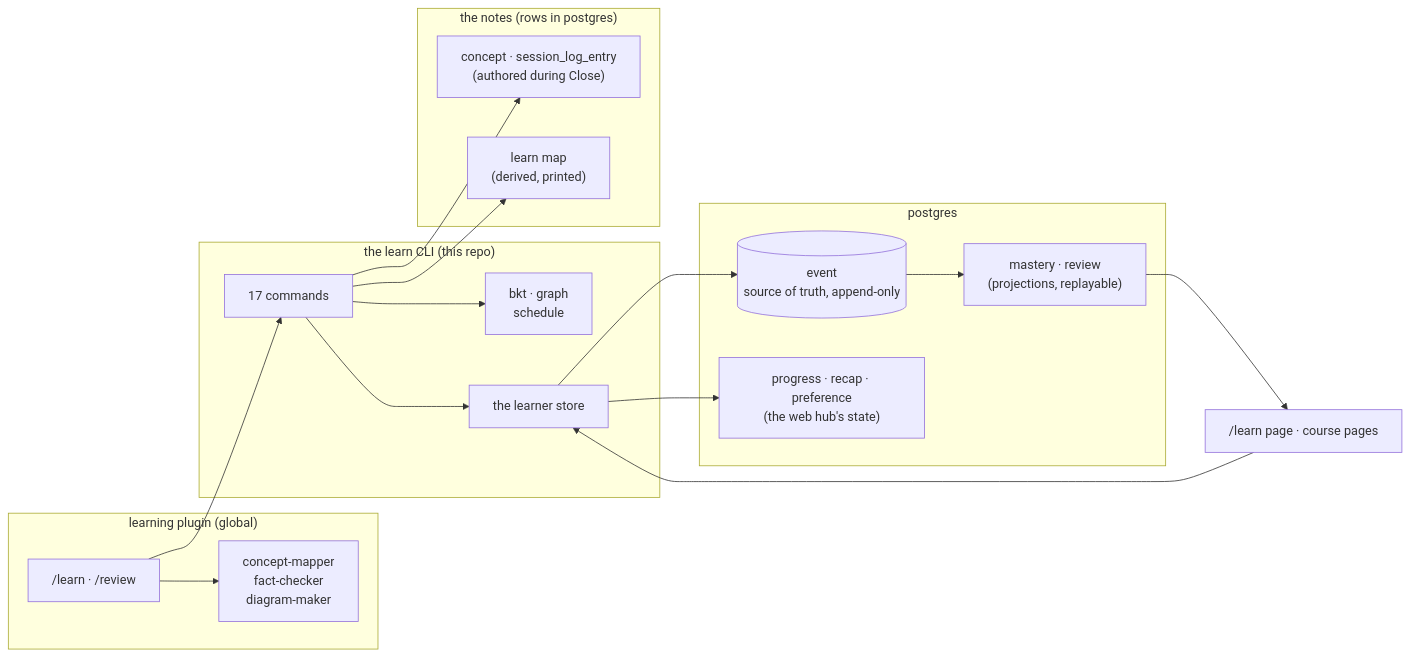
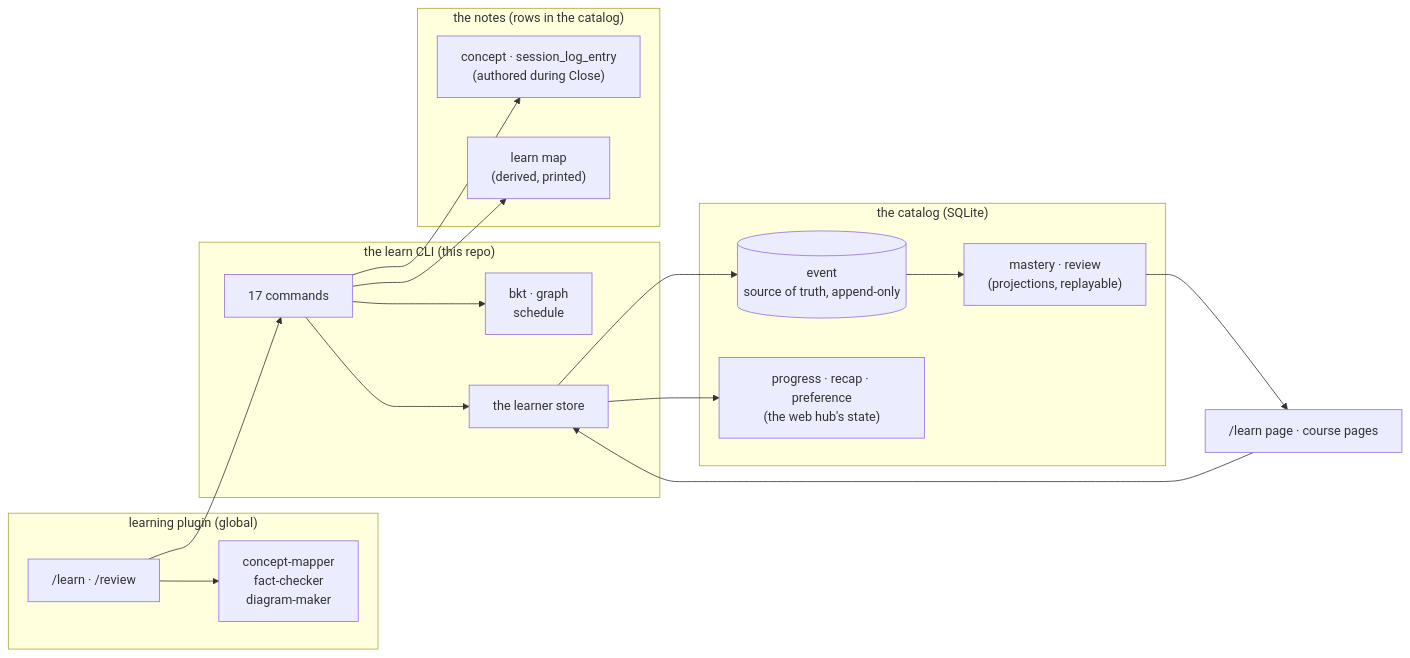
One commit to c-wenlong/gnosia-learn changed the diagram in README.md. Above: the diagram before and after it, drawn with Mermaid. The commit also changed other lines of this file and 2 other files, not shown here.

First line of the commit message:
Docs: the catalog is a SQLite file, not Postgres

````diff
--- a/README.md
+++ b/README.md
@@ -247,33 +246,33 @@
 ```mermaid
 flowchart LR
     subgraph PLUGIN["learning plugin (global)"]
         SK["/learn · /review"]
         AG["concept-mapper<br/>fact-checker<br/>diagram-maker"]
     end
     subgraph CODE["the learn CLI (this repo)"]
         C["17 commands"]
         LIB["bkt · graph<br/>schedule"]
         ST["the learner store"]
     end
-    subgraph KB["the notes (rows in postgres)"]
+    subgraph KB["the notes (rows in the catalog)"]
         REC["concept · session_log_entry<br/>(authored during Close)"]
         MAP["learn map<br/>(derived, printed)"]
     end
-    subgraph PG["postgres"]
+    subgraph PG["the catalog (SQLite)"]
         EV[("event<br/>source of truth, append-only")]
         DER["mastery · review<br/>(projections, replayable)"]
         STA["progress · recap · preference<br/>(the web hub's state)"]
     end
     WEB["/learn page · course pages"]
     SK --> AG
     SK --> C
     C --> LIB
     C --> REC
     C --> MAP
     C --> ST
     ST --> EV
     EV --> DER
     WEB --> ST
     ST --> STA
     DER --> WEB
 ```
````
